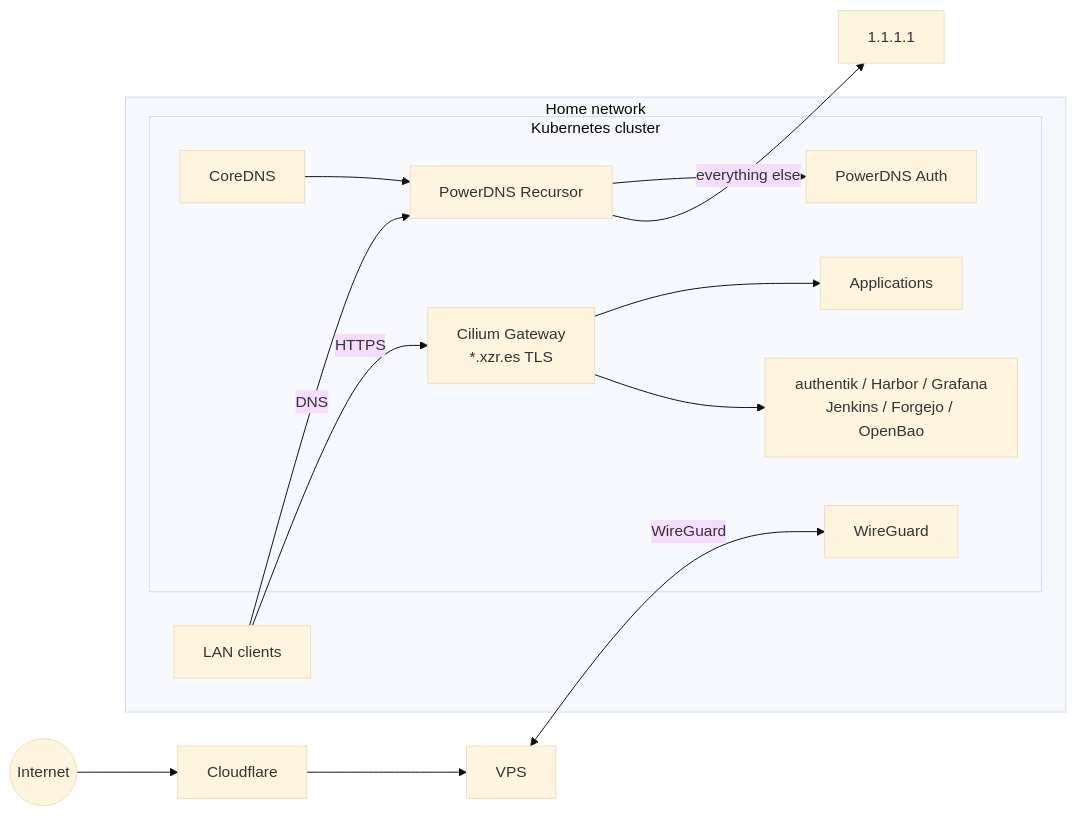
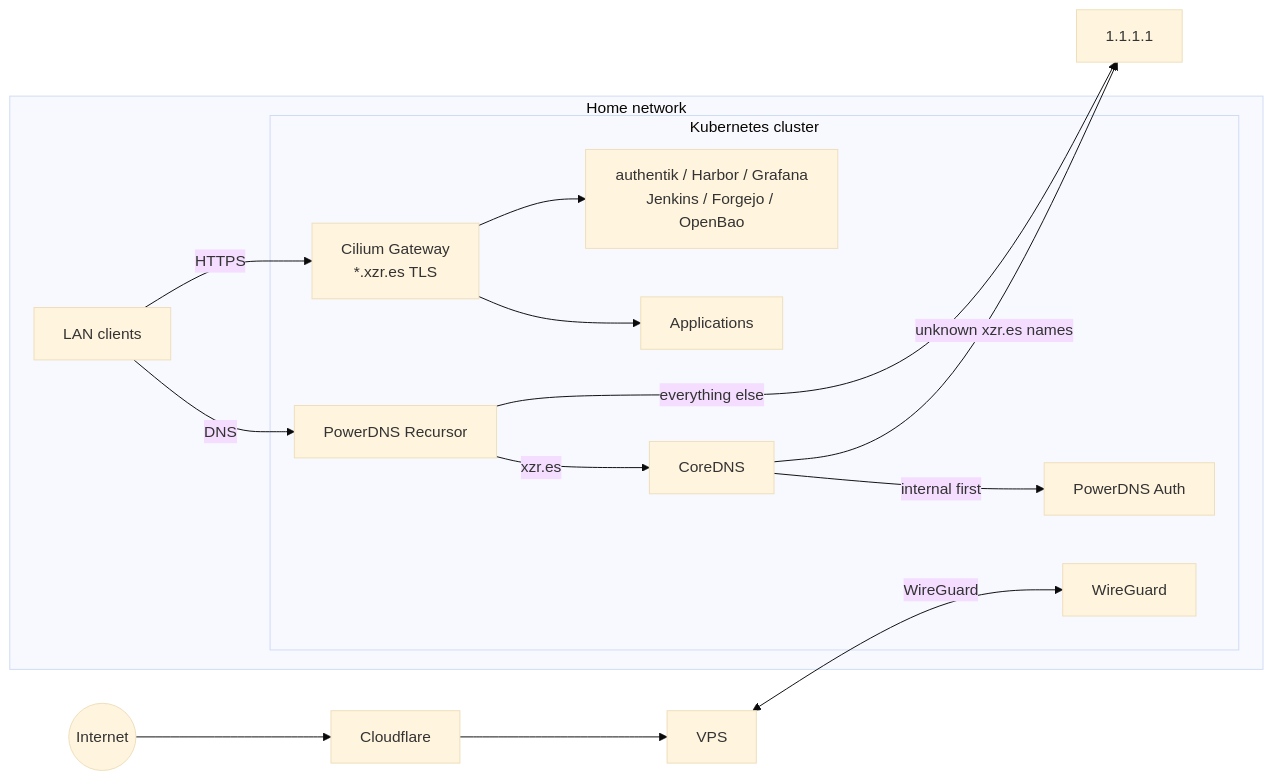
One commit to raulnid/homelab changed the first of 2 diagrams in README.md. Above: the diagram before and after it, drawn with Mermaid (base theme). The commit also changed other lines of this file and 3 other files, not shown here.

Commit message:
feat: fall back to the public xzr.es zone for names PowerDNS doesn't know.

````diff
--- a/README.md
+++ b/README.md
@@ -23,22 +23,23 @@
 ```mermaid
 flowchart LR
     internet((Internet)) --> cf[Cloudflare]
     cf --> vps[VPS]
     vps <-->|WireGuard| wg
 
     subgraph home[Home network]
         lan[LAN clients] -->|DNS| rec[PowerDNS Recursor]
         lan -->|HTTPS| gw
 
         subgraph k8s[Kubernetes cluster]
             wg[WireGuard]
             gw[Cilium Gateway<br/>*.xzr.es TLS]
-            rec --> auth[PowerDNS Auth]
-            coredns[CoreDNS] --> rec
+            rec -->|xzr.es| coredns[CoreDNS]
+            coredns -->|internal first| auth[PowerDNS Auth]
             gw --> apps[Applications]
             gw --> platform[authentik / Harbor / Grafana<br/>Jenkins / Forgejo / OpenBao]
         end
     end
 
     rec -->|everything else| cfdns[1.1.1.1]
+    coredns -->|unknown xzr.es names| cfdns
 ```
````
